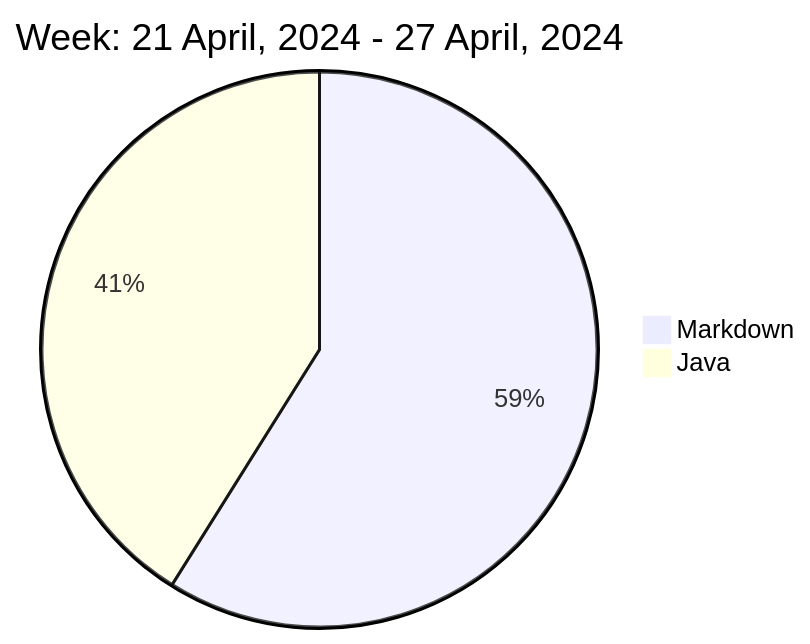
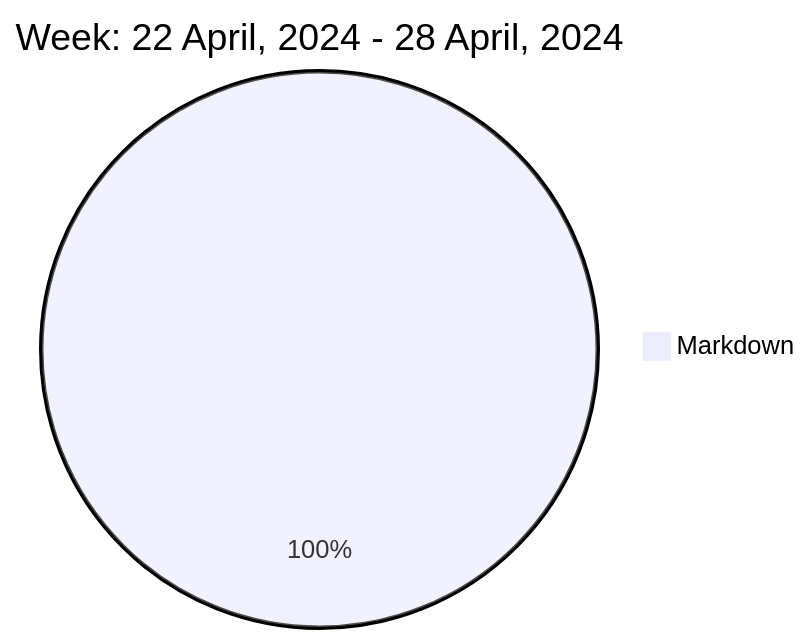
One commit to liubin95/liubin95 changed the diagram in README.md. Above: the diagram before and after it, drawn with Mermaid.

Commit message:
Updated the Graph with new Metrics

````diff
--- a/README.md
+++ b/README.md
@@ -37,6 +37,5 @@
 ```mermaid
  pie
-title Week: 21 April, 2024 - 27 April, 2024
- "Markdown" : 1.62
- "Java" : 1.13
+title Week: 22 April, 2024 - 28 April, 2024
+ "Markdown" : 0.68
 ```
````
